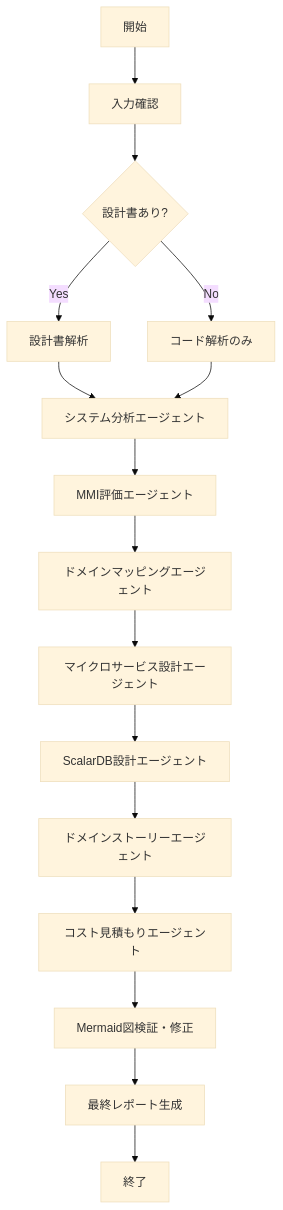
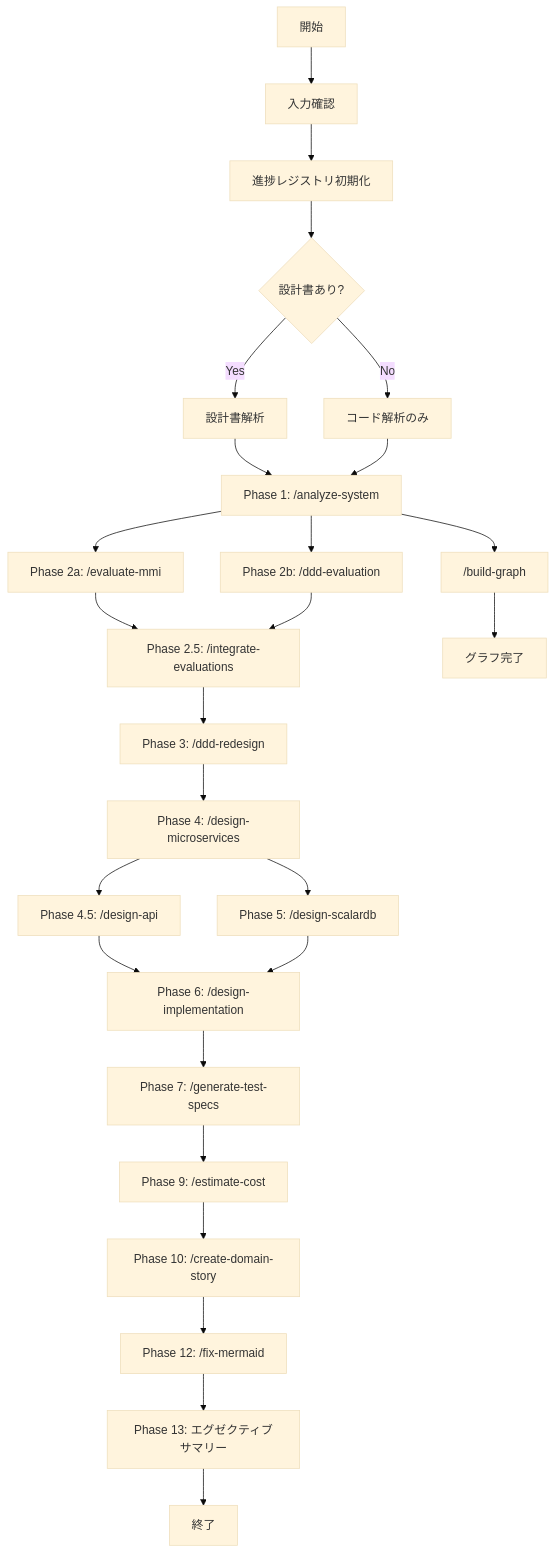
One commit to wfukatsu/rearchitect-agent changed the diagram in .claude/skills/refactor-system/SKILL.md. Above: the diagram before and after it, drawn with Mermaid (base theme). The commit also changed other lines of this file and 90 other files, not shown here.

````diff
--- a/.claude/skills/refactor-system/SKILL.md
+++ b/.claude/skills/refactor-system/SKILL.md
@@ -70,18 +137,29 @@
 ```mermaid
 graph TD
-    A[開始] --> B[入力確認]
-    B --> C{設計書あり?}
-    C -->|Yes| D[設計書解析]
-    C -->|No| E[コード解析のみ]
-    D --> F[システム分析エージェント]
+    A["開始"] --> B["入力確認"]
+    B --> PR["進捗レジストリ初期化"]
+    PR --> C{"設計書あり?"}
+    C -->|Yes| D["設計書解析"]
+    C -->|No| E["コード解析のみ"]
+    D --> F["Phase 1: /analyze-system"]
     E --> F
-    F --> G[MMI評価エージェント]
-    G --> H[ドメインマッピングエージェント]
-    H --> I[マイクロサービス設計エージェント]
-    I --> J[ScalarDB設計エージェント]
-    J --> K[ドメインストーリーエージェント]
-    K --> CE[コスト見積もりエージェント]
-    CE --> MV[Mermaid図検証・修正]
-    MV --> L[最終レポート生成]
-    L --> M[終了]
+    F --> G["Phase 2a: /evaluate-mmi"]
+    F --> G2["Phase 2b: /ddd-evaluation"]
+    G --> H["Phase 2.5: /integrate-evaluations"]
+    G2 --> H
+    H --> I["Phase 3: /ddd-redesign"]
+    I --> J["Phase 4: /design-microservices"]
+    J --> K["Phase 4.5: /design-api"]
+    J --> L["Phase 5: /design-scalardb"]
+    K --> IMPL["Phase 6: /design-implementation"]
+    L --> IMPL
+    IMPL --> TEST["Phase 7: /generate-test-specs"]
+    TEST --> M["Phase 9: /estimate-cost"]
+    M --> N["Phase 10: /create-domain-story"]
+    N --> MV["Phase 12: /fix-mermaid"]
+    MV --> O["Phase 13: エグゼクティブサマリー"]
+    O --> P["終了"]
+
+    F --> BG["/build-graph"]
+    BG --> Q["グラフ完了"]
 ```
````
